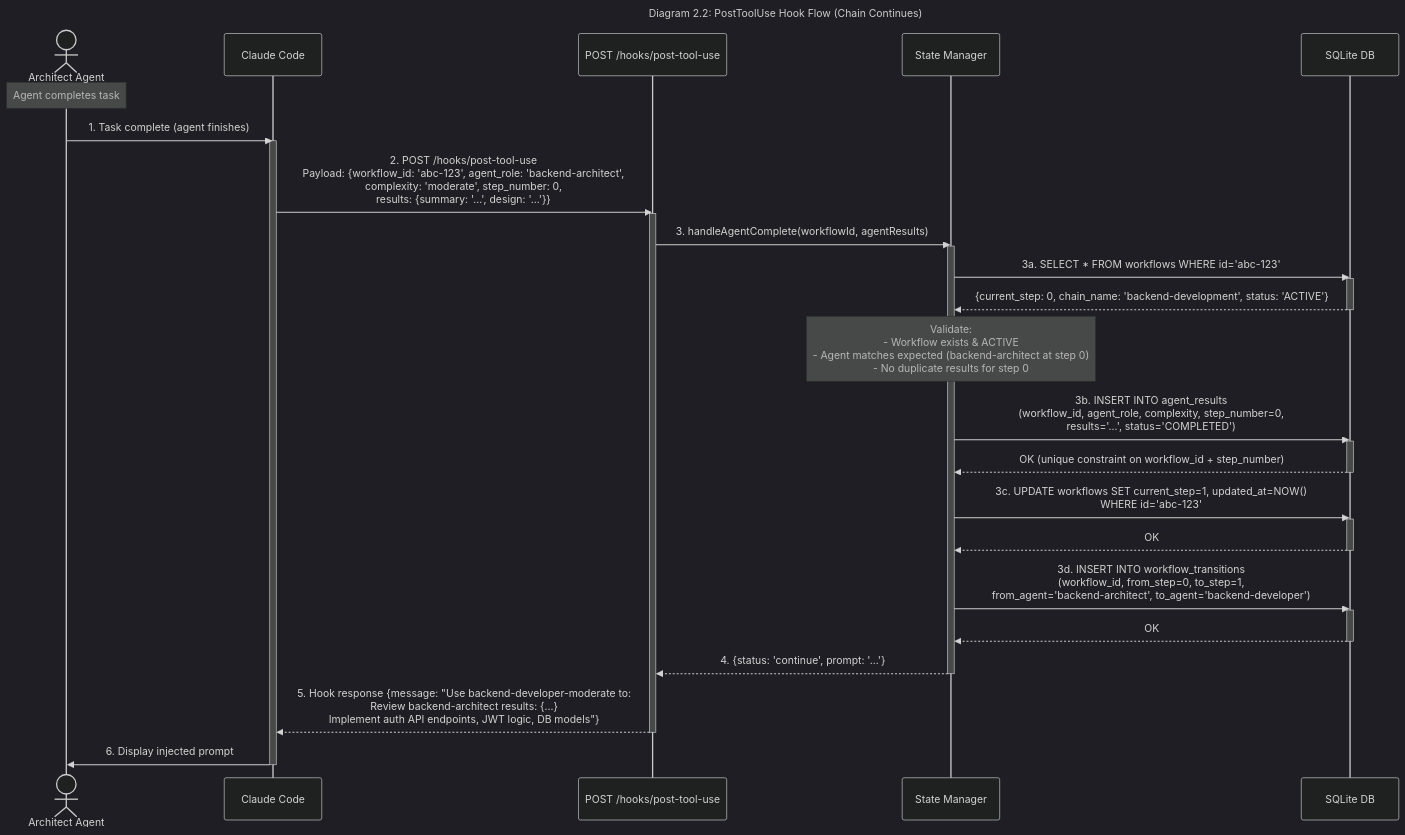
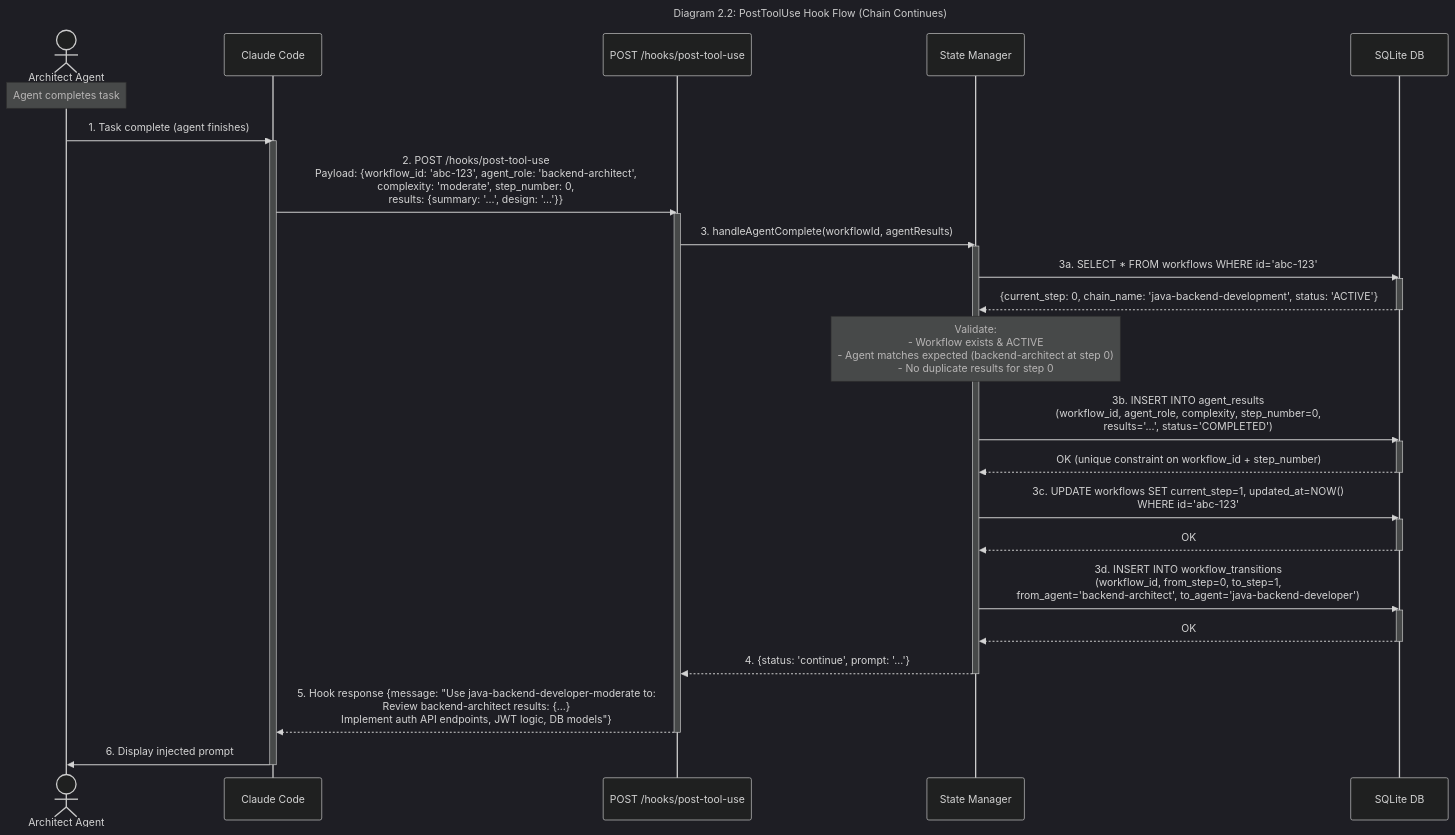
One commit to drevispas/ccorch changed the sixth of 11 diagrams in docs/02-technical-architecture.md. Above: the diagram before and after it, drawn with Mermaid (dark theme). The commit also changed other lines of this file and 21 other files, not shown here.

````diff
--- a/docs/02-technical-architecture.md
+++ b/docs/02-technical-architecture.md
@@ -378,51 +378,51 @@
 ```mermaid
 ---
 title: "Diagram 2.2: PostToolUse Hook Flow (Chain Continues)"
 ---
 sequenceDiagram
     actor Agent as Architect Agent
     participant CC as Claude Code
     participant Hook as POST /hooks/post-tool-use
     participant StateMgr as State Manager
     participant DB as SQLite DB
 
     Note over Agent: Agent completes task
 
     Agent->>CC: 1. Task complete (agent finishes)
     activate CC
     CC->>Hook: 2. POST /hooks/post-tool-use<br/>Payload: {workflow_id: 'abc-123', agent_role: 'backend-architect',<br/>complexity: 'moderate', step_number: 0,<br/>results: {summary: '...', design: '...'}}
     activate Hook
 
     Hook->>StateMgr: 3. handleAgentComplete(workflowId, agentResults)
     activate StateMgr
 
     StateMgr->>DB: 3a. SELECT * FROM workflows WHERE id='abc-123'
     activate DB
-    DB-->>StateMgr: {current_step: 0, chain_name: 'backend-development', status: 'ACTIVE'}
+    DB-->>StateMgr: {current_step: 0, chain_name: 'java-backend-development', status: 'ACTIVE'}
     deactivate DB
 
     Note over StateMgr: Validate:<br/>- Workflow exists & ACTIVE<br/>- Agent matches expected (backend-architect at step 0)<br/>- No duplicate results for step 0
 
     StateMgr->>DB: 3b. INSERT INTO agent_results<br/>(workflow_id, agent_role, complexity, step_number=0,<br/>results='...', status='COMPLETED')
     activate DB
     DB-->>StateMgr: OK (unique constraint on workflow_id + step_number)
     deactivate DB
 
     StateMgr->>DB: 3c. UPDATE workflows SET current_step=1, updated_at=NOW()<br/>WHERE id='abc-123'
     activate DB
     DB-->>StateMgr: OK
     deactivate DB
 
-    StateMgr->>DB: 3d. INSERT INTO workflow_transitions<br/>(workflow_id, from_step=0, to_step=1,<br/>from_agent='backend-architect', to_agent='backend-developer')
+    StateMgr->>DB: 3d. INSERT INTO workflow_transitions<br/>(workflow_id, from_step=0, to_step=1,<br/>from_agent='backend-architect', to_agent='java-backend-developer')
     activate DB
     DB-->>StateMgr: OK
     deactivate DB
 
     StateMgr-->>Hook: 4. {status: 'continue', prompt: '...'}
     deactivate StateMgr
 
-    Hook-->>CC: 5. Hook response {message: "Use backend-developer-moderate to:<br/>Review backend-architect results: {...}<br/>Implement auth API endpoints, JWT logic, DB models"}
+    Hook-->>CC: 5. Hook response {message: "Use java-backend-developer-moderate to:<br/>Review backend-architect results: {...}<br/>Implement auth API endpoints, JWT logic, DB models"}
     deactivate Hook
     CC->>Agent: 6. Display injected prompt
     deactivate CC
 ```
````
